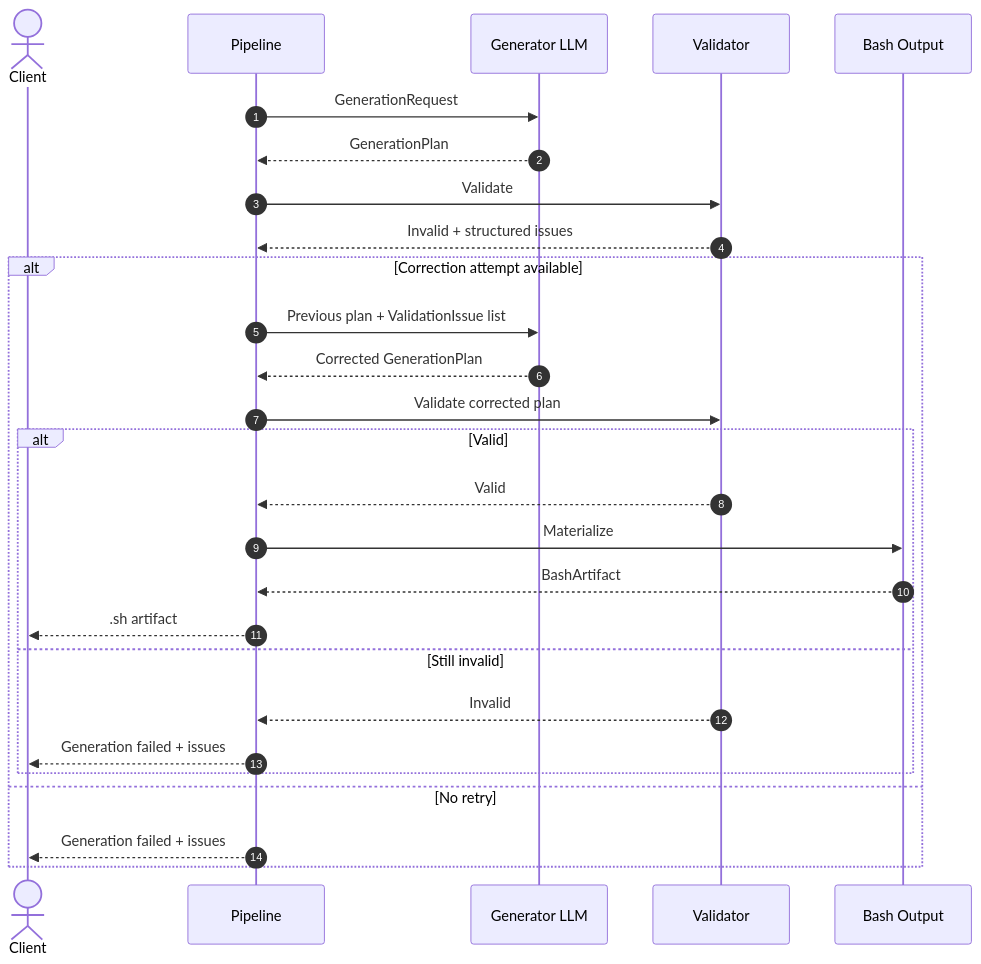
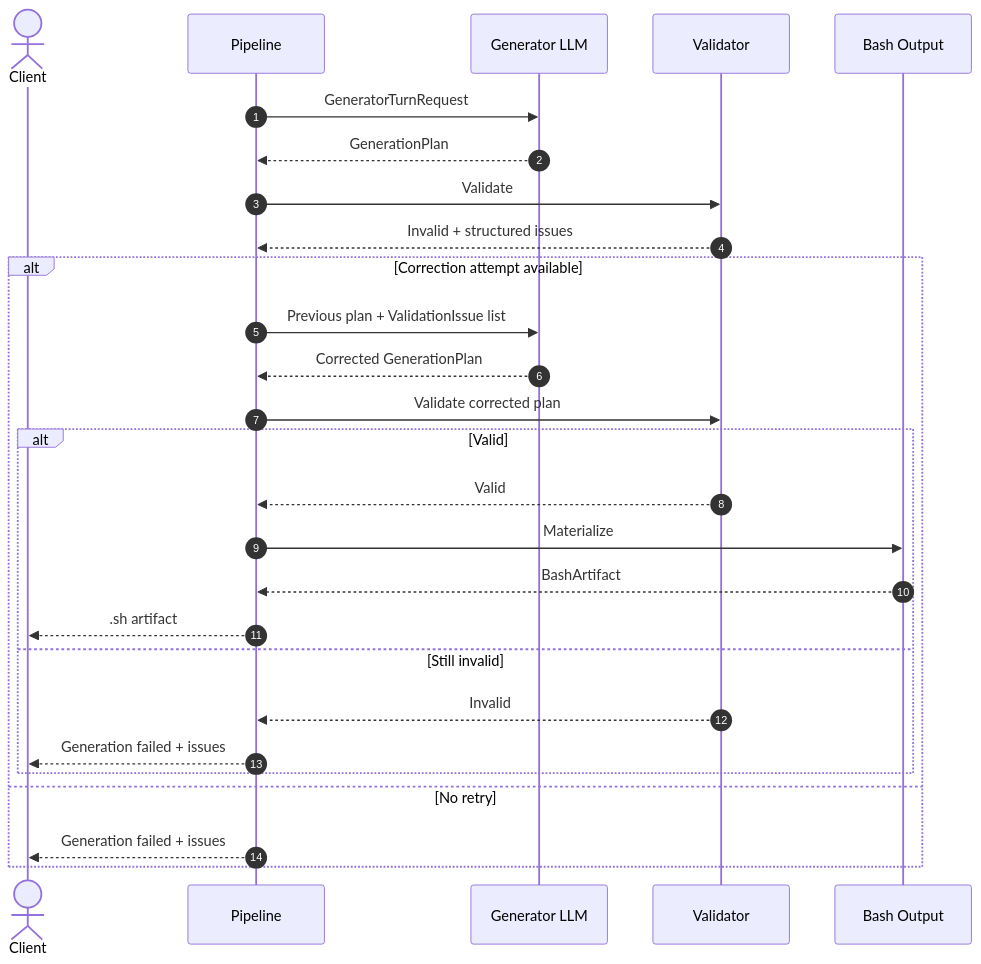
The sixth of 9 diagrams in docs/pipeline/SEQUENCE_DIAGRAMS.md (ahhvahh/ai-bash-generator), drawn with Mermaid before and after one commit. The commit also changed other lines of this file, not shown here.

Commit message:
docs: align sequence diagrams with formal generator tool loop

````diff
--- a/docs/pipeline/SEQUENCE_DIAGRAMS.md
+++ b/docs/pipeline/SEQUENCE_DIAGRAMS.md
@@ -241,31 +241,31 @@
 ```mermaid
 sequenceDiagram
     autonumber
     actor Client
     participant P as Pipeline
     participant G as Generator LLM
     participant V as Validator
     participant O as Bash Output
 
-    P->>G: GenerationRequest
+    P->>G: GeneratorTurnRequest
     G-->>P: GenerationPlan
     P->>V: Validate
     V-->>P: Invalid + structured issues
 
     alt Correction attempt available
         P->>G: Previous plan + ValidationIssue list
         G-->>P: Corrected GenerationPlan
         P->>V: Validate corrected plan
         alt Valid
             V-->>P: Valid
             P->>O: Materialize
             O-->>P: BashArtifact
             P-->>Client: .sh artifact
         else Still invalid
             V-->>P: Invalid
             P-->>Client: Generation failed + issues
         end
     else No retry
         P-->>Client: Generation failed + issues
     end
 ```
````
